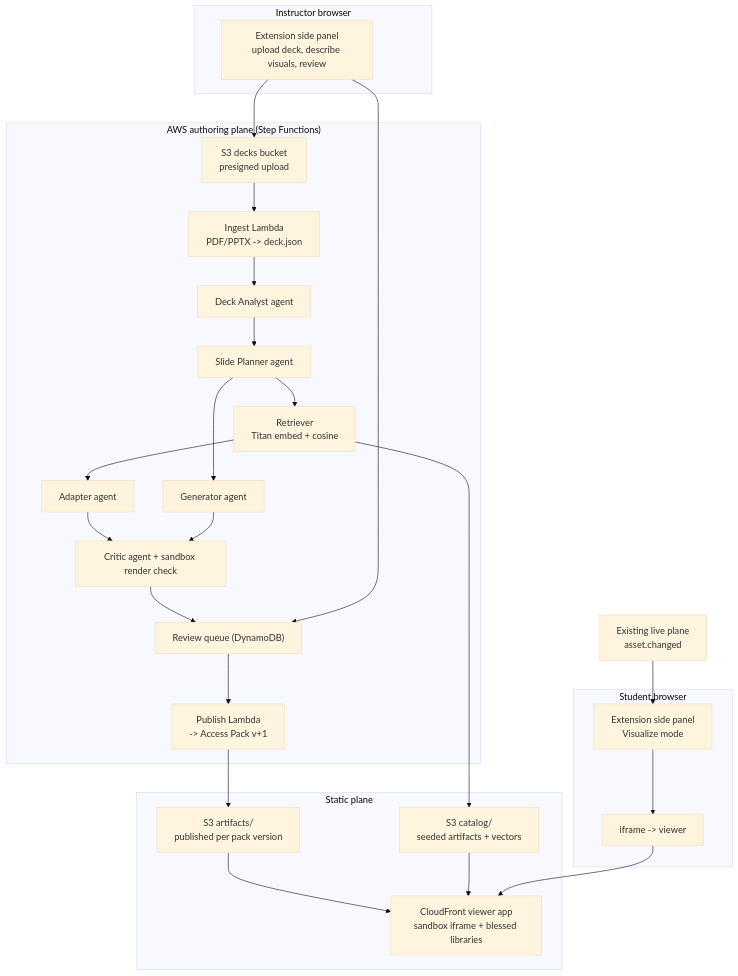
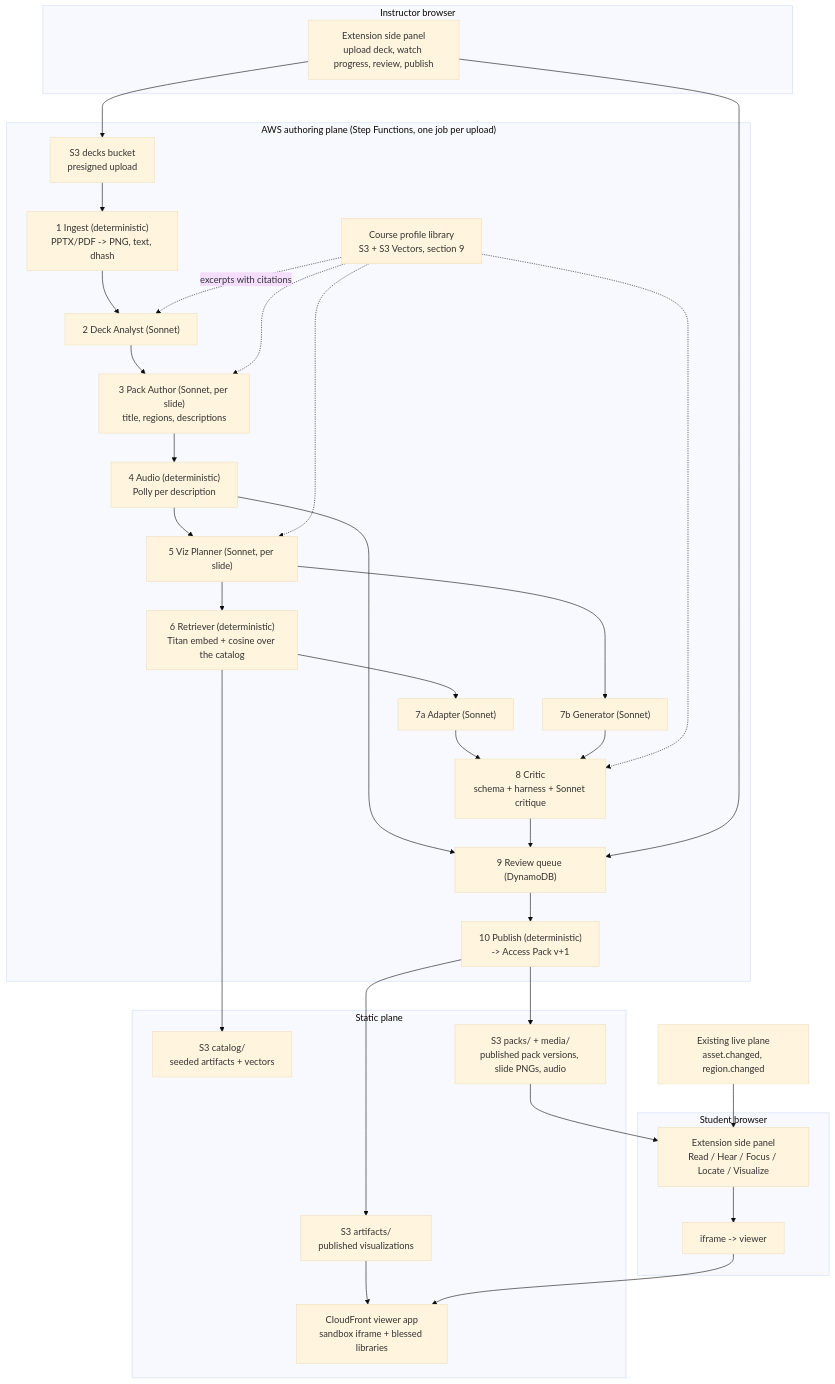
Before and after one commit to anurupkumar18/AccessLens: the diagram in docs/VISUALIZATION_SYSTEM.md, drawn with Mermaid (base theme). The commit also changed other lines of this file and 1 other file, not shown here.

First line of the commit message:
Part 6 spec and build prompt: single-upload authoring pipeline, API-first, course-profile RAG

````diff
--- a/docs/VISUALIZATION_SYSTEM.md
+++ b/docs/VISUALIZATION_SYSTEM.md
@@ -38,44 +54,54 @@
 ```mermaid
 flowchart TD
     subgraph Browser["Instructor browser"]
-        Panel["Extension side panel<br/>upload deck, describe visuals, review"]
+        Panel["Extension side panel<br/>upload deck, watch progress, review, publish"]
     end
 
-    subgraph Authoring["AWS authoring plane (Step Functions)"]
+    subgraph Authoring["AWS authoring plane (Step Functions, one job per upload)"]
         Upload["S3 decks bucket<br/>presigned upload"]
-        Ingest["Ingest Lambda<br/>PDF/PPTX -> deck.json"]
-        Analyst["Deck Analyst agent"]
-        Planner["Slide Planner agent"]
-        Retriever["Retriever<br/>Titan embed + cosine"]
-        Adapter["Adapter agent"]
-        Generator["Generator agent"]
-        Critic["Critic agent + sandbox render check"]
-        Review["Review queue (DynamoDB)"]
-        Publish["Publish Lambda<br/>-> Access Pack v+1"]
-        Upload --> Ingest --> Analyst --> Planner
+        Library["Course profile library<br/>S3 + S3 Vectors, section 9"]
+        Ingest["1 Ingest (deterministic)<br/>PPTX/PDF -> PNG, text, dhash"]
+        Analyst["2 Deck Analyst (Sonnet)"]
+        Author["3 Pack Author (Sonnet, per slide)<br/>title, regions, descriptions"]
+        Audio["4 Audio (deterministic)<br/>Polly per description"]
+        Planner["5 Viz Planner (Sonnet, per slide)"]
+        Retriever["6 Retriever (deterministic)<br/>Titan embed + cosine over the catalog"]
+        Adapter["7a Adapter (Sonnet)"]
+        Generator["7b Generator (Sonnet)"]
+        Critic["8 Critic<br/>schema + harness + Sonnet critique"]
+        Review["9 Review queue (DynamoDB)"]
+        Publish["10 Publish (deterministic)<br/>-> Access Pack v+1"]
+        Upload --> Ingest --> Analyst --> Author --> Audio --> Planner
         Planner --> Retriever --> Adapter --> Critic
         Planner --> Generator --> Critic
+        Audio --> Review
         Critic --> Review --> Publish
+        Library -.->|excerpts with citations| Analyst
+        Library -.-> Author
+        Library -.-> Planner
+        Library -.-> Critic
     end
 
     subgraph Storage["Static plane"]
         Catalog["S3 catalog/<br/>seeded artifacts + vectors"]
-        Artifacts["S3 artifacts/<br/>published per pack version"]
+        Packs["S3 packs/ + media/<br/>published pack versions, slide PNGs, audio"]
+        Artifacts["S3 artifacts/<br/>published visualizations"]
         Viewer["CloudFront viewer app<br/>sandbox iframe + blessed libraries"]
     end
 
     subgraph Student["Student browser"]
-        SPanel["Extension side panel<br/>Visualize mode"]
+        SPanel["Extension side panel<br/>Read / Hear / Focus / Locate / Visualize"]
         Frame["iframe -> viewer"]
         SPanel --> Frame
     end
 
     Panel --> Upload
     Panel --> Review
     Retriever --> Catalog
+    Publish --> Packs
     Publish --> Artifacts
+    Packs --> SPanel
     Artifacts --> Viewer
-    Catalog --> Viewer
     Frame --> Viewer
-    Live["Existing live plane<br/>asset.changed"] --> SPanel
+    Live["Existing live plane<br/>asset.changed, region.changed"] --> SPanel
 ```
````
